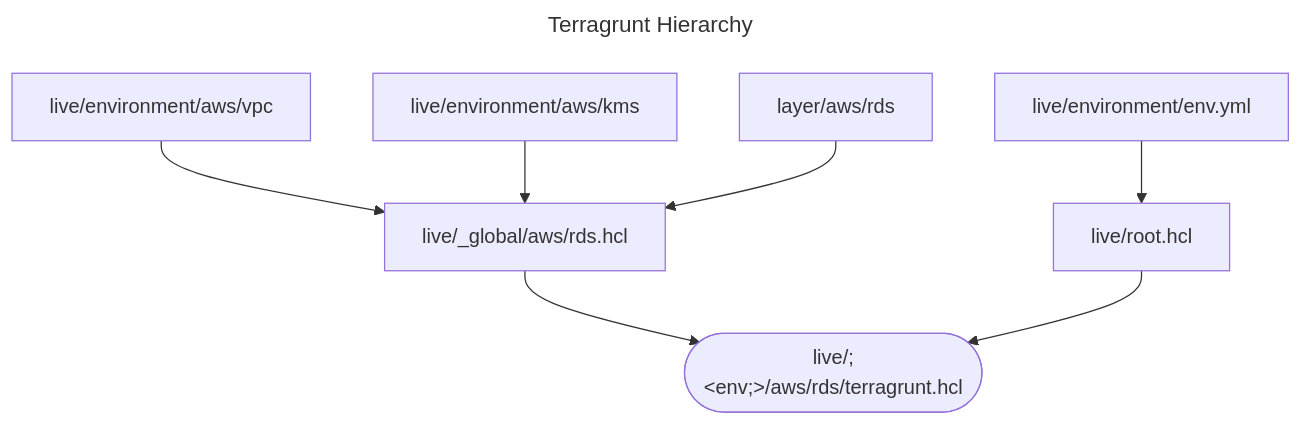
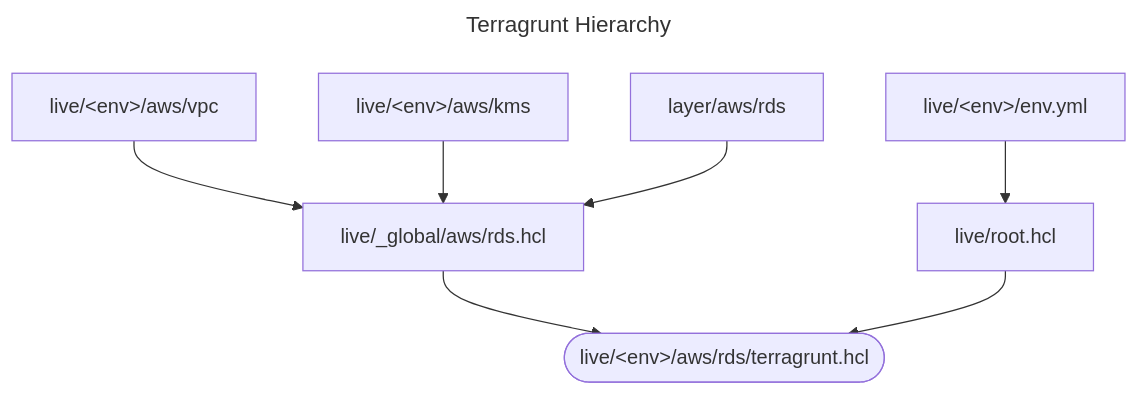
One commit to tkreque/poc changed the diagram in poc-terragrunt/README.md. Above: the diagram before and after it, drawn with Mermaid.

Commit message:
Improved the solution to avoid repetition on the Terragrunt configuration (Fixed README)

````diff
--- a/poc-terragrunt/README.md
+++ b/poc-terragrunt/README.md
@@ -75,14 +75,14 @@
 ```mermaid
 ---
 title: Terragrunt Hierarchy
 config:
   width: 400
 ---
 graph TD;
-  B["live/_global/aws/rds.hcl"] --> A(["live/;&lt;env;&gt;/aws/rds/terragrunt.hcl"]);
+  B["live/_global/aws/rds.hcl"] --> A(["live/&lt;env&gt;/aws/rds/terragrunt.hcl"]);
   C["live/root.hcl"] --> A;
-  D["live/environment/aws/vpc"] --> B;
-  E["live/environment/aws/kms"] --> B;
+  D["live/&lt;env&gt;/aws/vpc"] --> B;
+  E["live/&lt;env&gt;/aws/kms"] --> B;
   F["layer/aws/rds"] --> B;
-  G["live/environment/env.yml"] --> C;
+  G["live/&lt;env&gt;/env.yml"] --> C;
 ```
````
